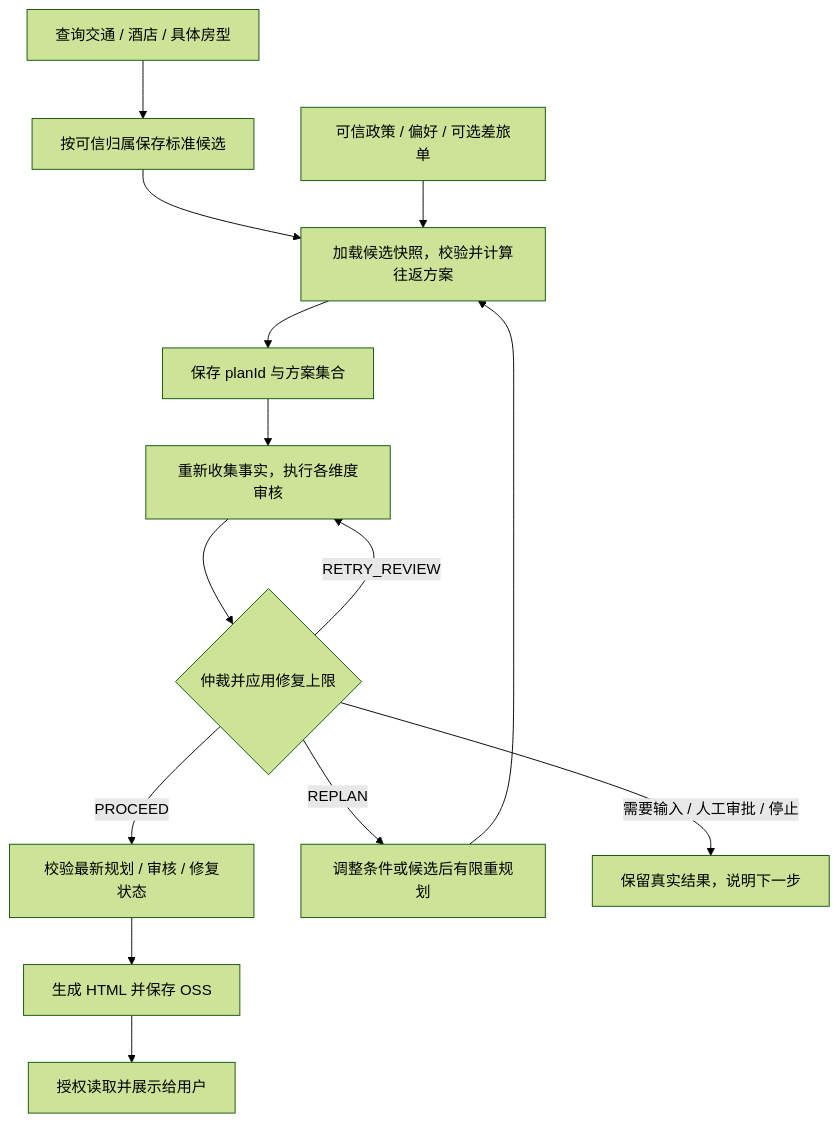
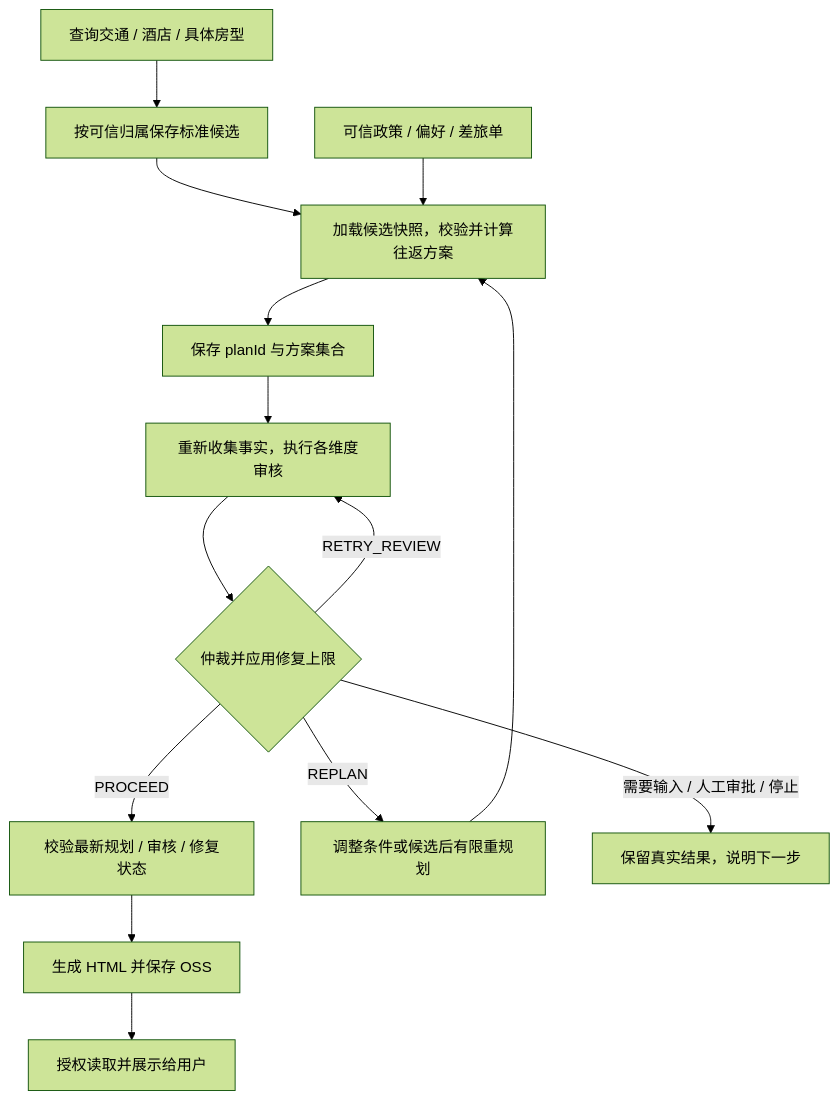
Before and after one commit to nauyiq/fons4ai-trip: the diagram in docs/wiki/itinerary-planning.md, drawn with Mermaid (forest theme). The commit also changed other lines of this file and 82 other files, not shown here.

````diff
--- a/docs/wiki/itinerary-planning.md
+++ b/docs/wiki/itinerary-planning.md
@@ -9,16 +9,16 @@
 ```mermaid
 flowchart TB
     Search[查询交通 / 酒店 / 具体房型] --> Candidates[按可信归属保存标准候选]
     Candidates --> Plan[加载候选快照，校验并计算往返方案]
-    Policy[可信政策 / 偏好 / 可选差旅单] --> Plan
+    Policy[可信政策 / 偏好 / 差旅单] --> Plan
     Plan --> Saved[保存 planId 与方案集合]
     Saved --> Review[重新收集事实，执行各维度审核]
     Review --> Action{仲裁并应用修复上限}
     Action -->|PROCEED| Gate[校验最新规划 / 审核 / 修复状态]
     Gate --> Page[生成 HTML 并保存 OSS]
     Page --> User[授权读取并展示给用户]
     Action -->|REPLAN| Repair[调整条件或候选后有限重规划]
     Repair --> Plan
     Action -->|RETRY_REVIEW| Review
     Action -->|需要输入 / 人工审批 / 停止| Explain[保留真实结果，说明下一步]
 ```
````
